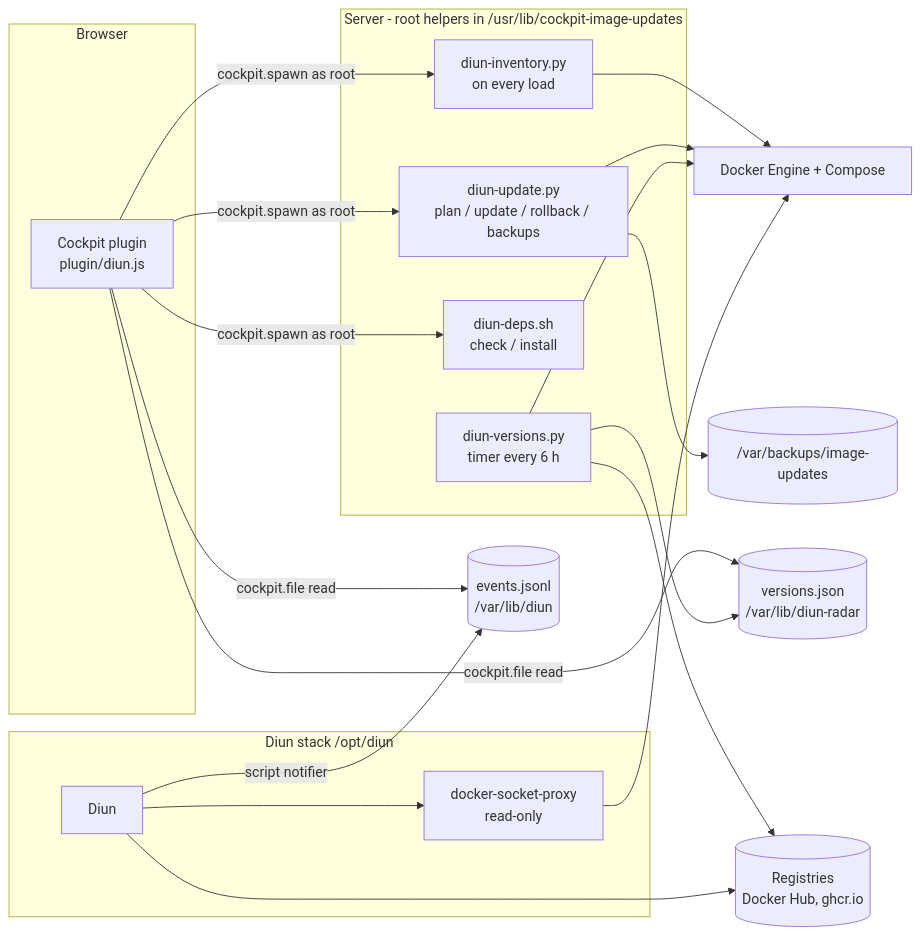
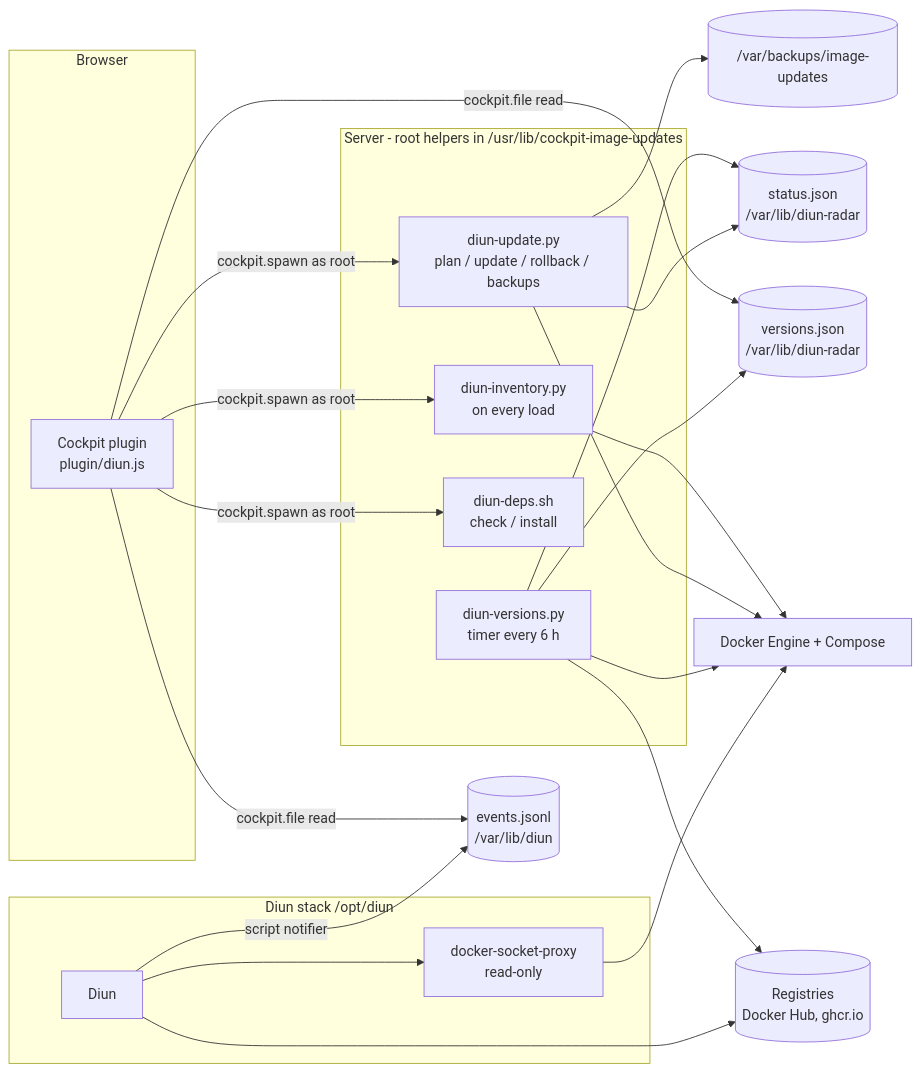
Before and after one commit to Azentrius/cockpit-image-update-monitor: the second of 2 diagrams in README.md, drawn with Mermaid. The commit also changed other lines of this file and 17 other files, not shown here.

````diff
--- a/README.md
+++ b/README.md
@@ -354,37 +355,40 @@
 ```mermaid
 flowchart LR
     subgraph B["Browser"]
         P["Cockpit plugin<br/>plugin/diun.js"]
     end
     subgraph H["Server - root helpers in /usr/lib/cockpit-image-updates"]
         INV["diun-inventory.py<br/>on every load"]
         UPD["diun-update.py<br/>plan / update / rollback / backups"]
         DEP["diun-deps.sh<br/>check / install"]
         RAD["diun-versions.py<br/>timer every 6 h"]
     end
     VJ[("versions.json<br/>/var/lib/diun-radar")]
+    ST[("status.json<br/>/var/lib/diun-radar")]
     EV[("events.jsonl<br/>/var/lib/diun")]
     BK[("/var/backups/image-updates")]
     DK["Docker Engine + Compose"]
     subgraph DS["Diun stack /opt/diun"]
         DI["Diun"]
         SP["docker-socket-proxy<br/>read-only"]
     end
     REG[("Registries<br/>Docker Hub, ghcr.io")]
 
     P -->|"cockpit.spawn as root"| INV
     P -->|"cockpit.spawn as root"| UPD
     P -->|"cockpit.spawn as root"| DEP
     P -->|"cockpit.file read"| VJ
     P -->|"cockpit.file read"| EV
     INV --> DK
     UPD --> DK
     UPD --> BK
     RAD --> DK
     RAD --> REG
     RAD --> VJ
+    RAD --> ST
+    UPD --> ST
     DI --> SP
     SP --> DK
     DI --> REG
     DI -->|"script notifier"| EV
 ```
````
